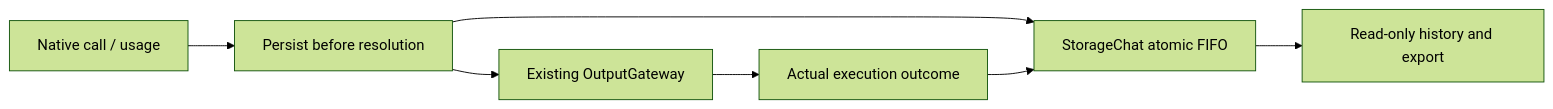
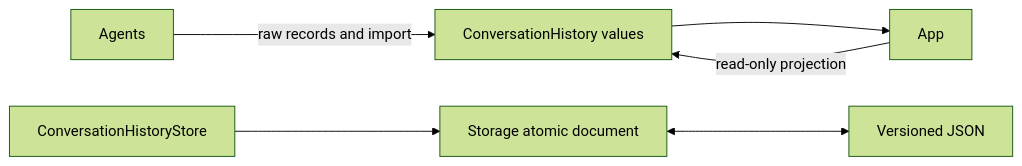
One commit to devilyouwei/MobileHarness changed the diagram in MobileHarness/Storage/Chat/README.md. Above: the diagram before and after it, drawn with Mermaid (forest theme). The commit also changed other lines of this file and 116 other files, not shown here.

````diff
--- a/MobileHarness/Storage/Chat/README.md
+++ b/MobileHarness/Storage/Chat/README.md
@@ -50,9 +15,8 @@
 ```mermaid
 flowchart LR
-    Model[Native call / usage] --> Assistant[Persist before resolution]
-    Assistant --> Journal[StorageChat atomic FIFO]
-    Assistant --> Gateway[Existing OutputGateway]
-    Gateway --> App[Actual execution outcome]
-    App --> Journal
-    Journal --> History[Read-only history and export]
+ Agents -->|raw records and import| Schemas[ConversationHistory values]
+ Journal[ConversationHistoryStore] --> Document[Storage atomic document]
+ App -->|read-only projection| Schemas
+ Schemas --> App
+ Document <--> Disk[Versioned JSON]
 ```
````
